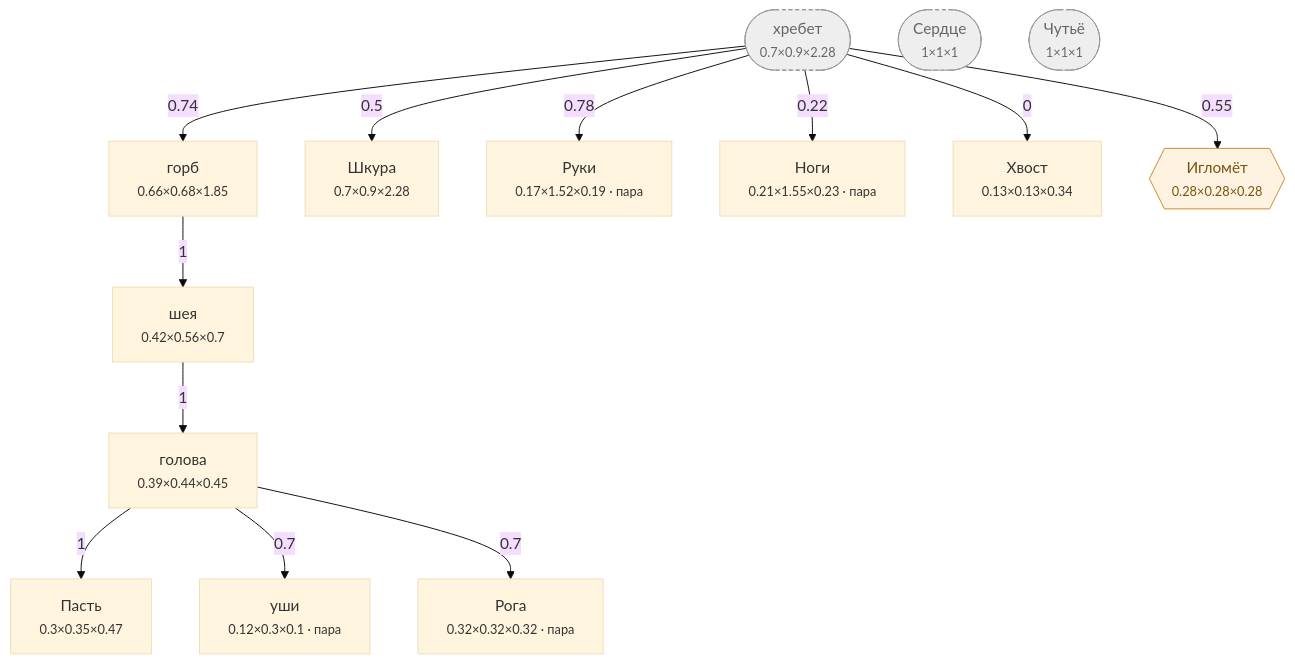
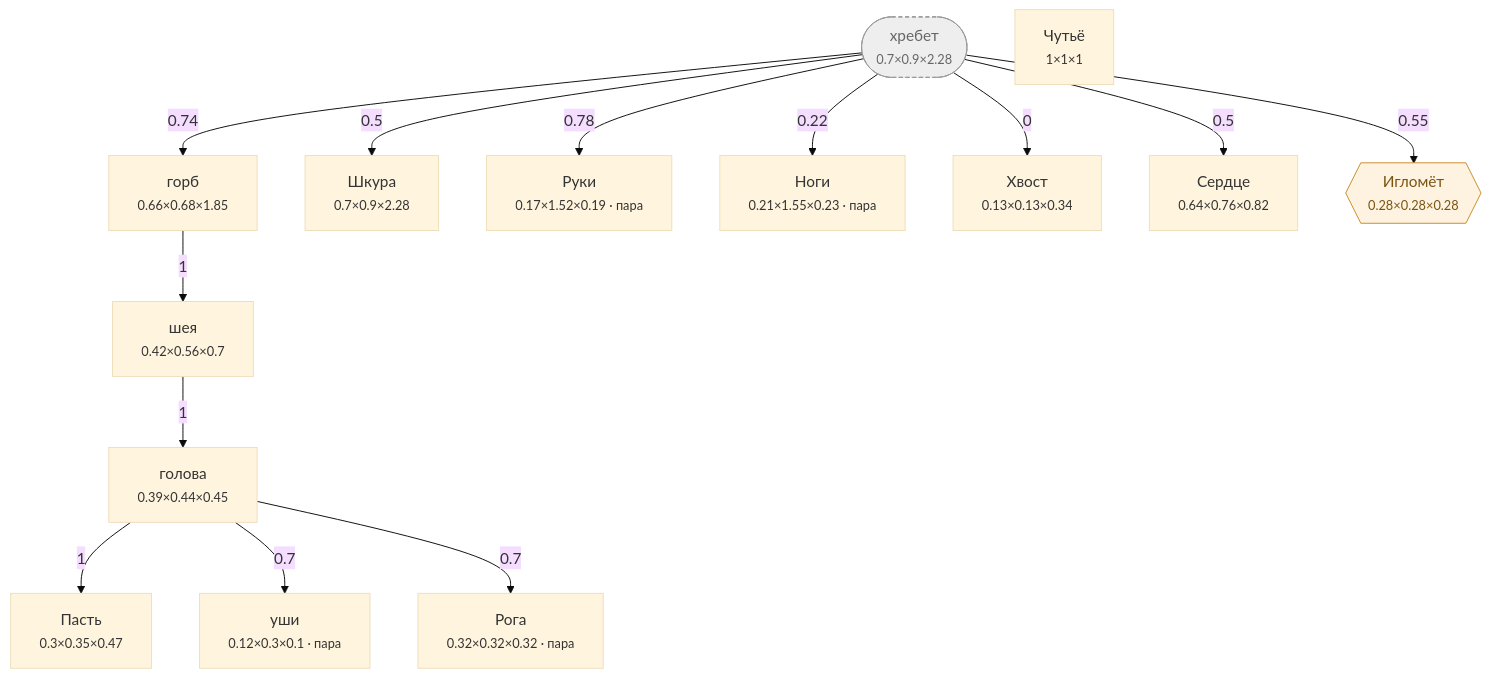
Before and after one commit to darklordshish/ChimeraEvolution-2026-06-26_15-29-59: the diagram in Docs/Диаграммы/Лось.md, drawn with Mermaid (base theme). The commit also changed other lines of this file and 10 other files, not shown here.

````diff
--- a/Docs/Диаграммы/Лось.md
+++ b/Docs/Диаграммы/Лось.md
@@ -22,35 +22,36 @@
 ```mermaid
 flowchart TD
     n0(["хребет<br/><small>0.7×0.9×2.28</small>"])
     n1["голова<br/><small>0.39×0.44×0.45</small>"]
     n2["Пасть<br/><small>0.3×0.35×0.47</small>"]
     n3["уши<br/><small>0.12×0.3×0.1 · пара</small>"]
     n4["шея<br/><small>0.42×0.56×0.7</small>"]
     n5["горб<br/><small>0.66×0.68×1.85</small>"]
     n6["Шкура<br/><small>0.7×0.9×2.28</small>"]
     n7["Руки<br/><small>0.17×1.52×0.19 · пара</small>"]
     n8["Ноги<br/><small>0.21×1.55×0.23 · пара</small>"]
     n9["Хвост<br/><small>0.13×0.13×0.34</small>"]
     n10["Рога<br/><small>0.32×0.32×0.32 · пара</small>"]
-    n11(["Сердце<br/><small>1×1×1</small>"])
-    n12(["Чутьё<br/><small>1×1×1</small>"])
+    n11["Сердце<br/><small>0.64×0.76×0.82</small>"]
+    n12["Чутьё<br/><small>1×1×1</small>"]
     n13{{"Игломёт<br/><small>0.28×0.28×0.28</small>"}}
 
     n4 -->|1| n1
     n1 -->|1| n2
     n1 -->|0.7| n3
     n5 -->|1| n4
     n0 -->|0.74| n5
     n0 -->|0.5| n6
     n0 -->|0.78| n7
     n0 -->|0.22| n8
     n0 -->|0| n9
     n1 -->|0.7| n10
+    n0 -->|0.5| n11
     n0 -->|0.55| n13
 
     classDef hid fill:#eee,stroke:#999,stroke-dasharray:4 3,color:#666
     classDef gr fill:#fdf3e0,stroke:#c98a2b,color:#7a5310
     classDef ch fill:#e8f2ff,stroke:#3b74c4,color:#1c3f70
-    class n0,n11,n12 hid
+    class n0 hid
     class n13 gr
 ```
````
